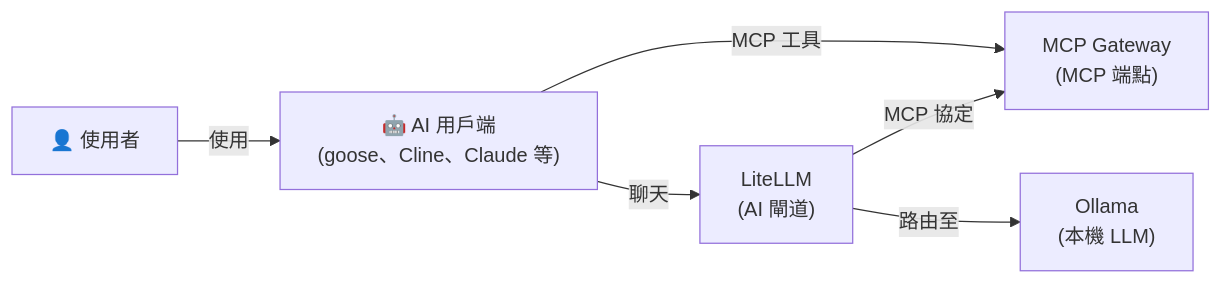
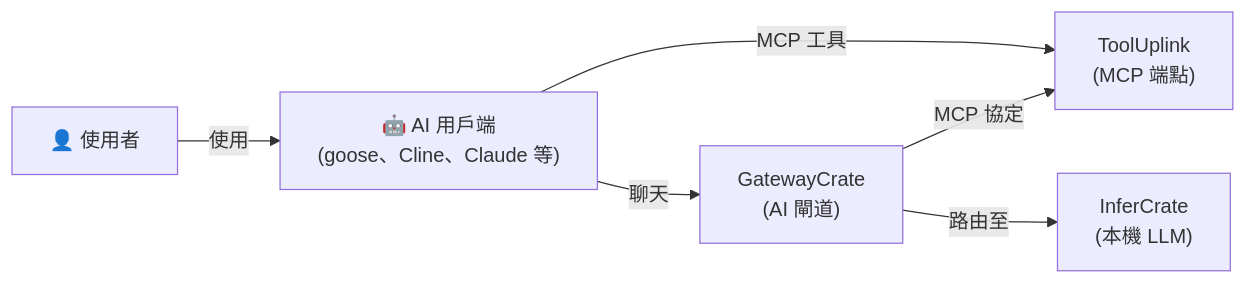
The diagram in stacks/ai-tools/README-zh-Hant.md (hwdsl2/self-hosted-ai-stack), drawn with Mermaid before and after one commit. The commit also changed other lines of this file and 47 other files, not shown here.

````diff
--- a/stacks/ai-tools/README-zh-Hant.md
+++ b/stacks/ai-tools/README-zh-Hant.md
@@ -17,8 +17,8 @@
 ```mermaid
 graph LR
     U["👤 使用者"] -->|使用| C["🤖 AI 用戶端<br/>(goose、Cline、Claude 等)"]
-    C -->|MCP 工具| M["MCP Gateway<br/>(MCP 端點)"]
-    C -->|聊天| L["LiteLLM<br/>(AI 閘道)"]
-    L -->|路由至| O["Ollama<br/>(本機 LLM)"]
+    C -->|MCP 工具| M["ToolUplink<br/>(MCP 端點)"]
+    C -->|聊天| L["GatewayCrate<br/>(AI 閘道)"]
+    L -->|路由至| O["InferCrate<br/>(本機 LLM)"]
     L -->|MCP 協定| M
 ```
````
